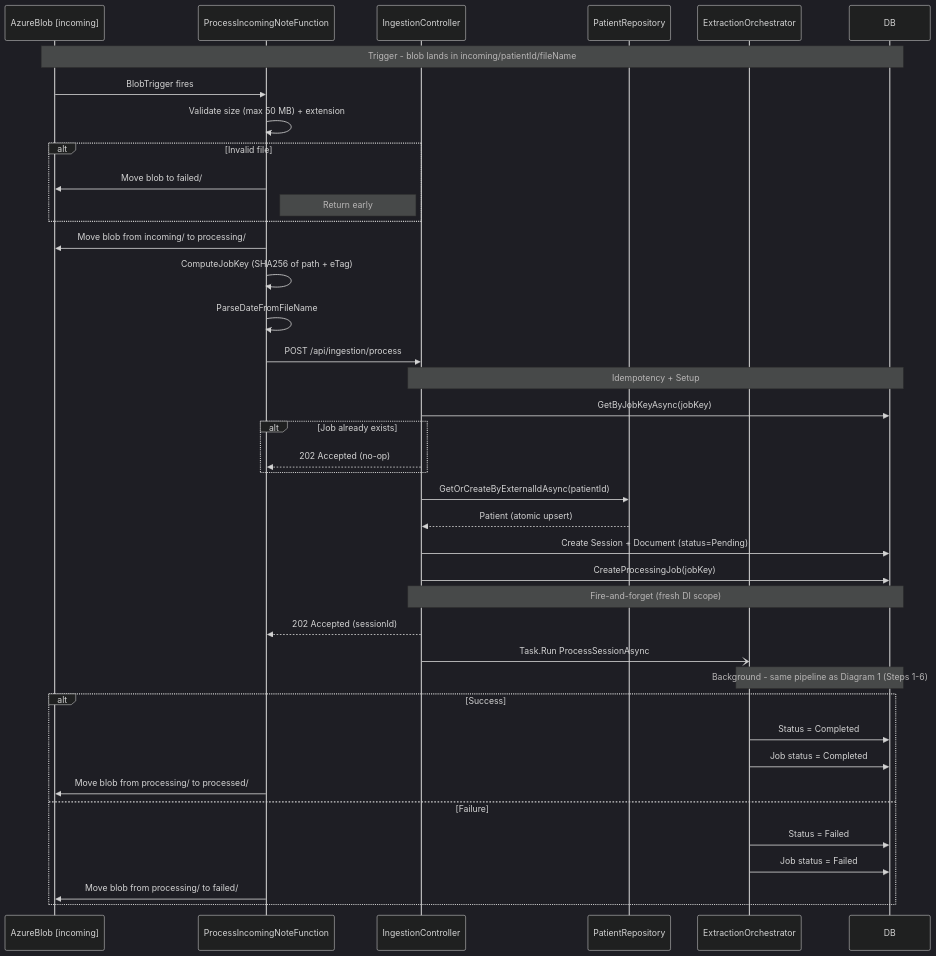
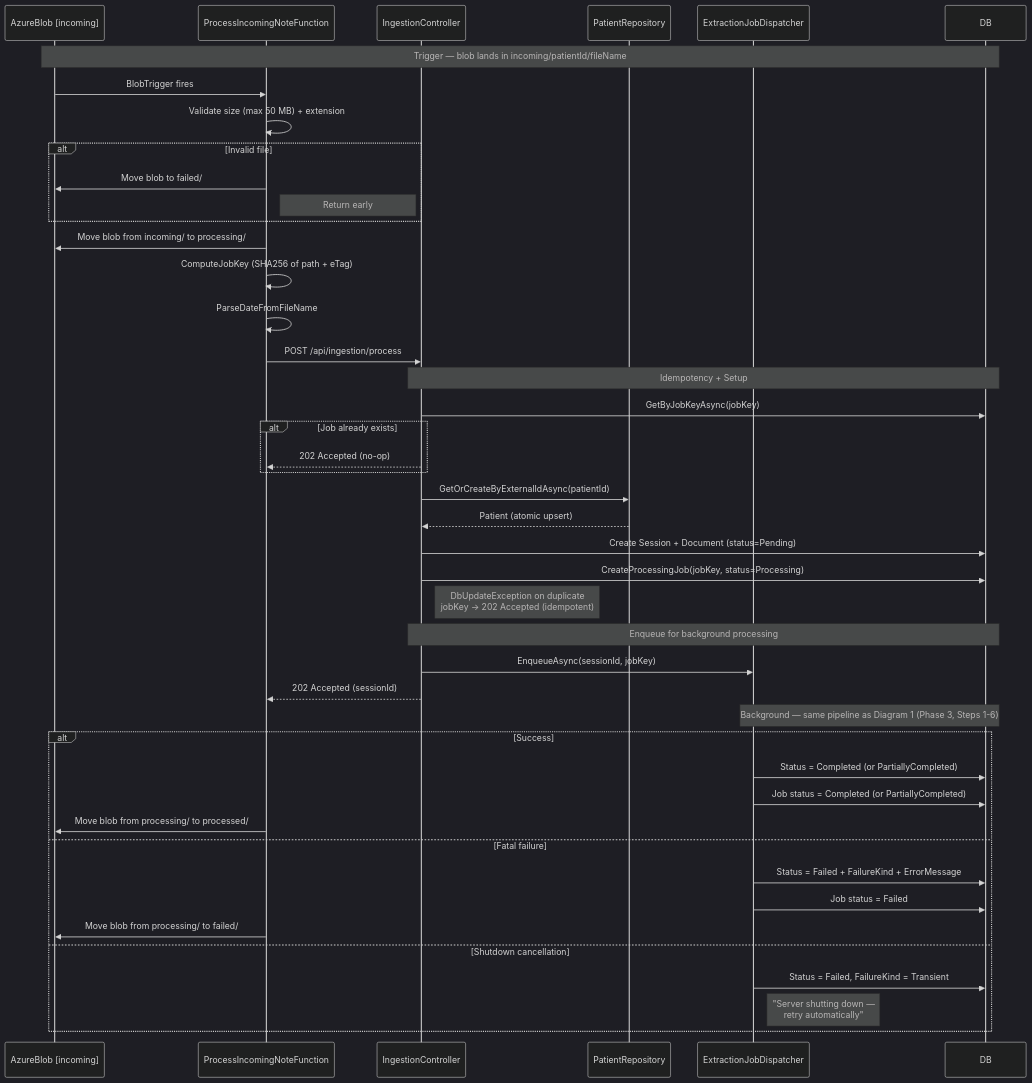
Before and after one commit to dwight000/session-sight: the third of 8 diagrams in docs/ARCHITECTURE.md, drawn with Mermaid (dark theme). The commit also changed other lines of this file, not shown here.

First line of the commit message:
docs: Update extraction diagrams + add data flow diagrams (B-004, P5-002) (#116)

````diff
--- a/docs/ARCHITECTURE.md
+++ b/docs/ARCHITECTURE.md
@@ -142,53 +185,57 @@
 ```mermaid
 sequenceDiagram
     participant Blob as AzureBlob [incoming]
     participant Func as ProcessIncomingNoteFunction
     participant IngCtrl as IngestionController
     participant PatientRepo as PatientRepository
-    participant Orch as ExtractionOrchestrator
+    participant Dispatcher as ExtractionJobDispatcher
     participant DB
 
-    Note over Blob,DB: Trigger - blob lands in incoming/patientId/fileName
+    Note over Blob,DB: Trigger — blob lands in incoming/patientId/fileName
 
     Blob->>Func: BlobTrigger fires
     Func->>Func: Validate size (max 50 MB) + extension
     alt Invalid file
         Func->>Blob: Move blob to failed/
         Note right of Func: Return early
     end
 
     Func->>Blob: Move blob from incoming/ to processing/
     Func->>Func: ComputeJobKey (SHA256 of path + eTag)
     Func->>Func: ParseDateFromFileName
 
     Func->>IngCtrl: POST /api/ingestion/process
 
     Note over IngCtrl,DB: Idempotency + Setup
 
     IngCtrl->>DB: GetByJobKeyAsync(jobKey)
     alt Job already exists
         IngCtrl-->>Func: 202 Accepted (no-op)
     end
 
     IngCtrl->>PatientRepo: GetOrCreateByExternalIdAsync(patientId)
     PatientRepo-->>IngCtrl: Patient (atomic upsert)
     IngCtrl->>DB: Create Session + Document (status=Pending)
-    IngCtrl->>DB: CreateProcessingJob(jobKey)
+    IngCtrl->>DB: CreateProcessingJob(jobKey, status=Processing)
+    Note right of IngCtrl: DbUpdateException on duplicate<br/>jobKey → 202 Accepted (idempotent)
 
-    Note over IngCtrl,DB: Fire-and-forget (fresh DI scope)
+    Note over IngCtrl,DB: Enqueue for background processing
 
+    IngCtrl->>Dispatcher: EnqueueAsync(sessionId, jobKey)
     IngCtrl-->>Func: 202 Accepted (sessionId)
-    IngCtrl-)Orch: Task.Run ProcessSessionAsync
 
-    Note over Orch,DB: Background - same pipeline as Diagram 1 (Steps 1-6)
+    Note over Dispatcher,DB: Background — same pipeline as Diagram 1 (Phase 3, Steps 1-6)
 
     alt Success
-        Orch->>DB: Status = Completed
-        Orch->>DB: Job status = Completed
+        Dispatcher->>DB: Status = Completed (or PartiallyCompleted)
+        Dispatcher->>DB: Job status = Completed (or PartiallyCompleted)
         Func->>Blob: Move blob from processing/ to processed/
-    else Failure
-        Orch->>DB: Status = Failed
-        Orch->>DB: Job status = Failed
+    else Fatal failure
+        Dispatcher->>DB: Status = Failed + FailureKind + ErrorMessage
+        Dispatcher->>DB: Job status = Failed
         Func->>Blob: Move blob from processing/ to failed/
+    else Shutdown cancellation
+        Dispatcher->>DB: Status = Failed, FailureKind = Transient
+        Note right of Dispatcher: "Server shutting down —<br/>retry automatically"
     end
 ```
````
